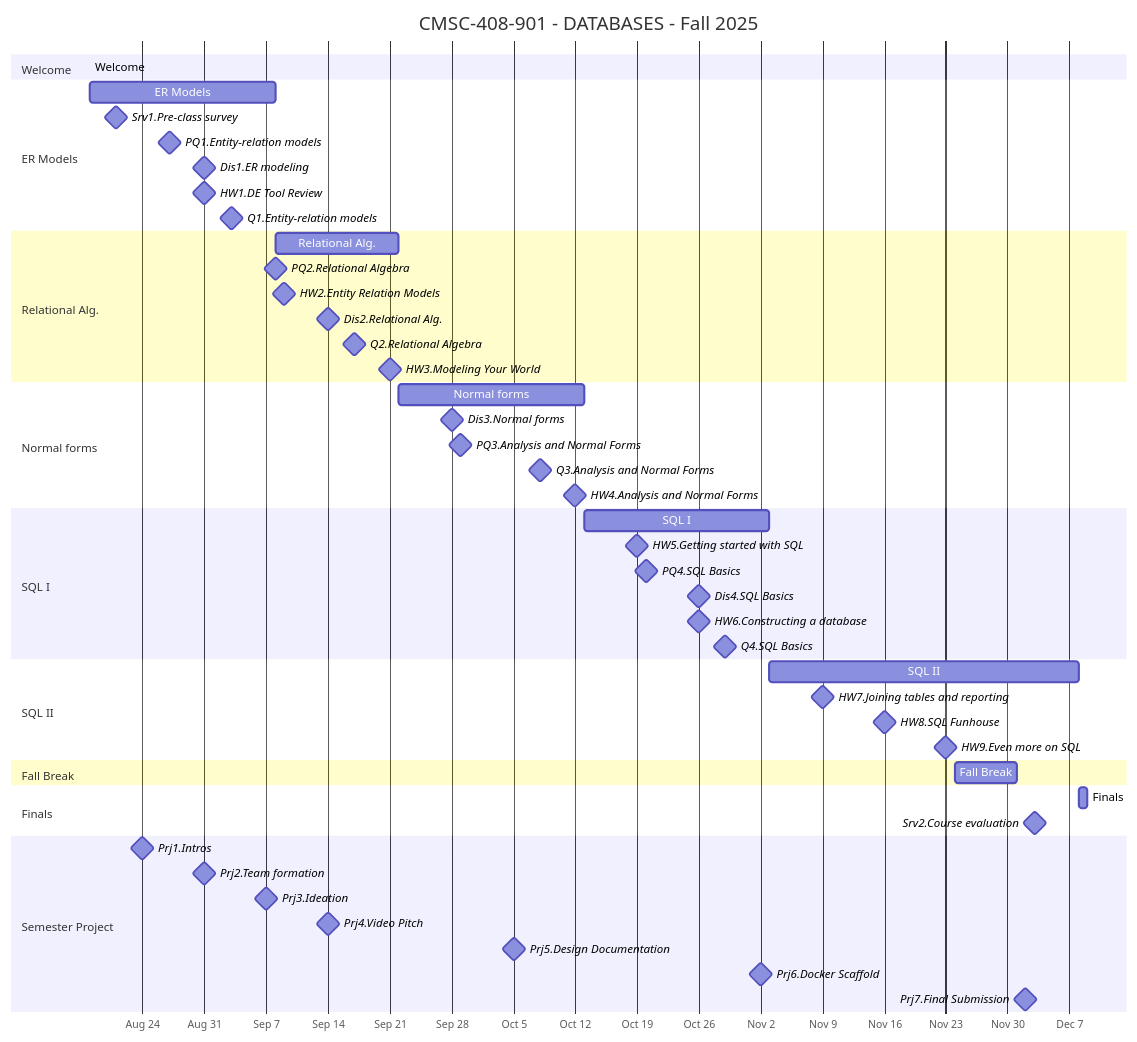
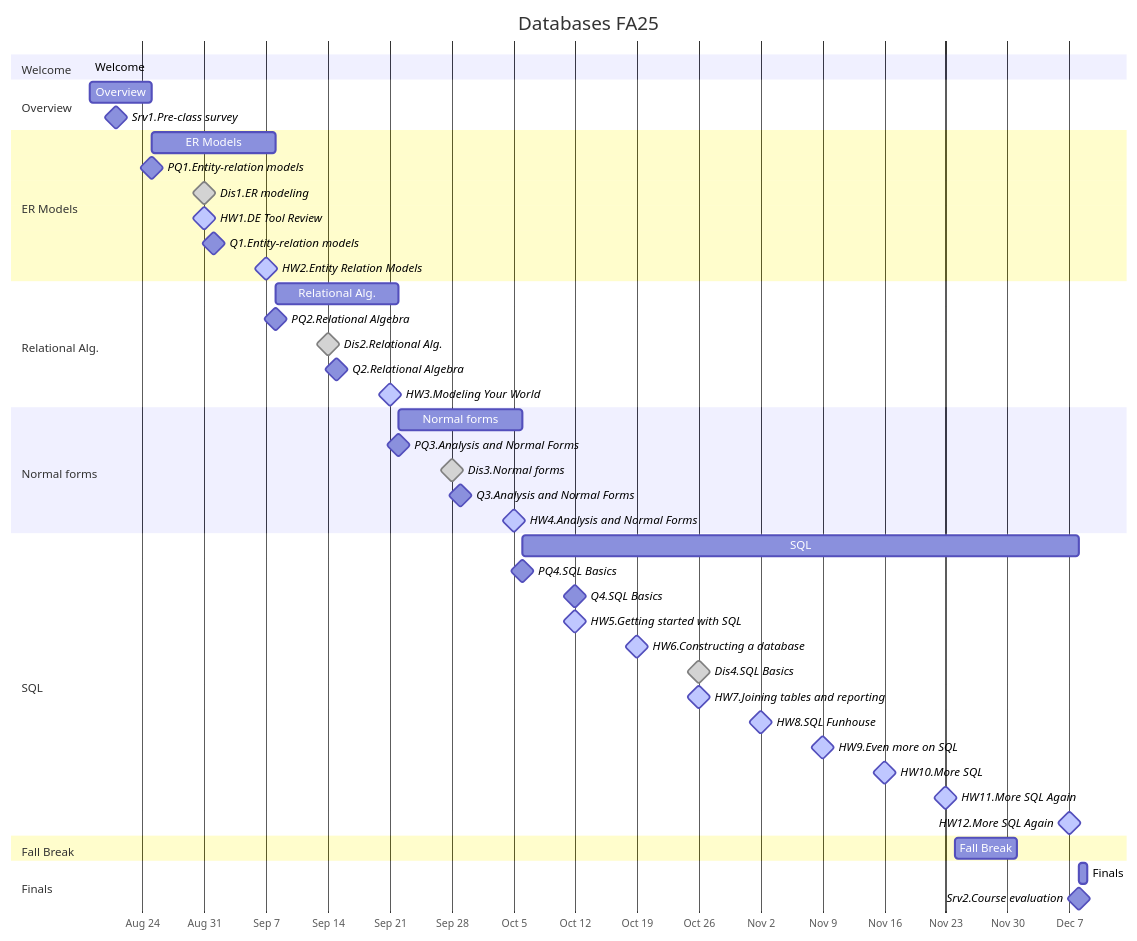
Before and after one commit to lowkeylabs/cmsc408-course-admin: the diagram in fa2025/gantts/detailed-gantt.mmd, drawn with Mermaid. The commit also changed 11 other files, not shown here.

Commit message:
adjusted gantts

```diff
--- a/fa2025/gantts/detailed-gantt.mmd
+++ b/fa2025/gantts/detailed-gantt.mmd
@@ -1,61 +1,55 @@
 gantt
-    title CMSC-408-901 - DATABASES - Fall 2025
+    title Databases FA25
     dateFormat YYYY-MM-DD
     axisFormat %b %e
     todayMarker stroke-width:7px,stroke:#FFB300,opacity:0.5
 
     section Welcome
     Welcome : m0, 2025-08-18, 2025-08-18
 
+    section Overview
+    Overview : m1, 2025-08-18, 2025-08-25
+    Srv1.Pre-class survey : milestone, default, 2025-08-21, 0d
+
     section ER Models
-    ER Models : m1, 2025-08-18, 2025-09-08
-    Srv1.Pre-class survey : milestone, 2025-08-21, 0d
-    PQ1.Entity-relation models : milestone, 2025-08-27, 0d
-    Dis1.ER modeling : milestone, 2025-08-31, 0d
-    HW1.DE Tool Review : milestone, 2025-08-31, 0d
-    Q1.Entity-relation models : milestone, 2025-09-03, 0d
+    ER Models : m2, 2025-08-25, 2025-09-08
+    PQ1.Entity-relation models : milestone, default, 2025-08-25, 0d
+    Dis1.ER modeling : milestone, done, 2025-08-31, 0d
+    HW1.DE Tool Review : milestone, active, 2025-08-31, 0d
+    Q1.Entity-relation models : milestone, default, 2025-09-01, 0d
+    HW2.Entity Relation Models : milestone, active, 2025-09-07, 0d
 
     section Relational Alg.
-    Relational Alg. : m2, 2025-09-08, 2025-09-22
-    PQ2.Relational Algebra : milestone, 2025-09-08, 0d
-    HW2.Entity Relation Models : milestone, 2025-09-09, 0d
-    Dis2.Relational Alg. : milestone, 2025-09-14, 0d
-    Q2.Relational Algebra : milestone, 2025-09-17, 0d
-    HW3.Modeling Your World : milestone, 2025-09-21, 0d
+    Relational Alg. : m3, 2025-09-08, 2025-09-22
+    PQ2.Relational Algebra : milestone, default, 2025-09-08, 0d
+    Dis2.Relational Alg. : milestone, done, 2025-09-14, 0d
+    Q2.Relational Algebra : milestone, default, 2025-09-15, 0d
+    HW3.Modeling Your World : milestone, active, 2025-09-21, 0d
 
     section Normal forms
-    Normal forms : m3, 2025-09-22, 2025-10-13
-    Dis3.Normal forms : milestone, 2025-09-28, 0d
-    PQ3.Analysis and Normal Forms : milestone, 2025-09-29, 0d
-    Q3.Analysis and Normal Forms : milestone, 2025-10-08, 0d
-    HW4.Analysis and Normal Forms : milestone, 2025-10-12, 0d
+    Normal forms : m4, 2025-09-22, 2025-10-06
+    PQ3.Analysis and Normal Forms : milestone, default, 2025-09-22, 0d
+    Dis3.Normal forms : milestone, done, 2025-09-28, 0d
+    Q3.Analysis and Normal Forms : milestone, default, 2025-09-29, 0d
+    HW4.Analysis and Normal Forms : milestone, active, 2025-10-05, 0d
 
-    section SQL I
-    SQL I : m4, 2025-10-13, 2025-11-03
-    HW5.Getting started with SQL : milestone, 2025-10-19, 0d
-    PQ4.SQL Basics : milestone, 2025-10-20, 0d
-    Dis4.SQL Basics : milestone, 2025-10-26, 0d
-    HW6.Constructing a database : milestone, 2025-10-26, 0d
-    Q4.SQL Basics : milestone, 2025-10-29, 0d
-
-    section SQL II
-    SQL II : m5, 2025-11-03, 2025-12-08
-    HW7.Joining tables and reporting : milestone, 2025-11-09, 0d
-    HW8.SQL Funhouse : milestone, 2025-11-16, 0d
-    HW9.Even more on SQL : milestone, 2025-11-23, 0d
+    section SQL
+    SQL : m5, 2025-10-06, 2025-12-08
+    PQ4.SQL Basics : milestone, default, 2025-10-06, 0d
+    Q4.SQL Basics : milestone, default, 2025-10-12, 0d
+    HW5.Getting started with SQL : milestone, active, 2025-10-12, 0d
+    HW6.Constructing a database : milestone, active, 2025-10-19, 0d
+    Dis4.SQL Basics : milestone, done, 2025-10-26, 0d
+    HW7.Joining tables and reporting : milestone, active, 2025-10-26, 0d
+    HW8.SQL Funhouse : milestone, active, 2025-11-02, 0d
+    HW9.Even more on SQL : milestone, active, 2025-11-09, 0d
+    HW10.More SQL : milestone, active, 2025-11-16, 0d
+    HW11.More SQL Again : milestone, active, 2025-11-23, 0d
+    HW12.More SQL Again : milestone, active, 2025-12-07, 0d
 
     section Fall Break
     Fall Break : m6, 2025-11-24, 2025-12-01
 
     section Finals
     Finals : m7, 2025-12-08, 2025-12-09
-    Srv2.Course evaluation : milestone, 2025-12-03, 0d
-
-    section Semester Project
-    Prj1.Intros : milestone, 2025-08-24, 0d
-    Prj2.Team formation : milestone, 2025-08-31, 0d
-    Prj3.Ideation : milestone, 2025-09-07, 0d
-    Prj4.Video Pitch : milestone, 2025-09-14, 0d
-    Prj5.Design Documentation : milestone, 2025-10-05, 0d
-    Prj6.Docker Scaffold : milestone, 2025-11-02, 0d
-    Prj7.Final Submission : milestone, 2025-12-02, 0d
+    Srv2.Course evaluation : milestone, default, 2025-12-08, 0d
```
